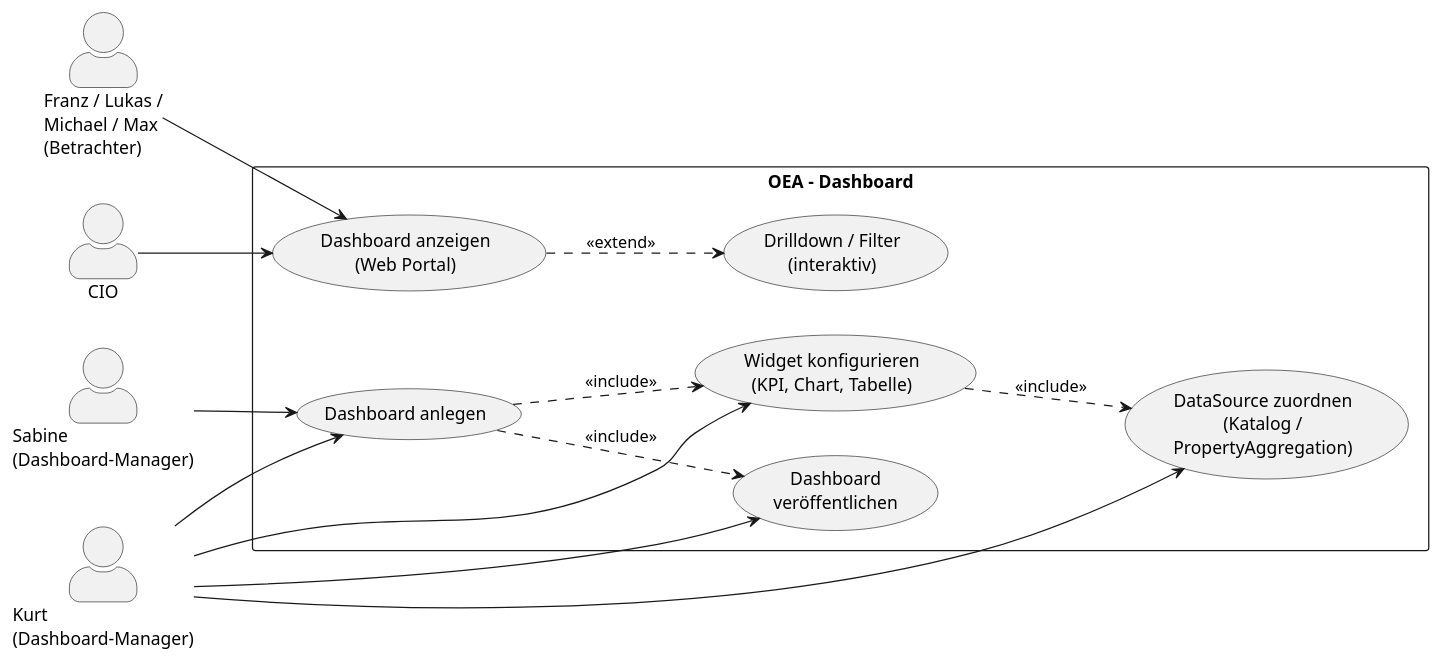
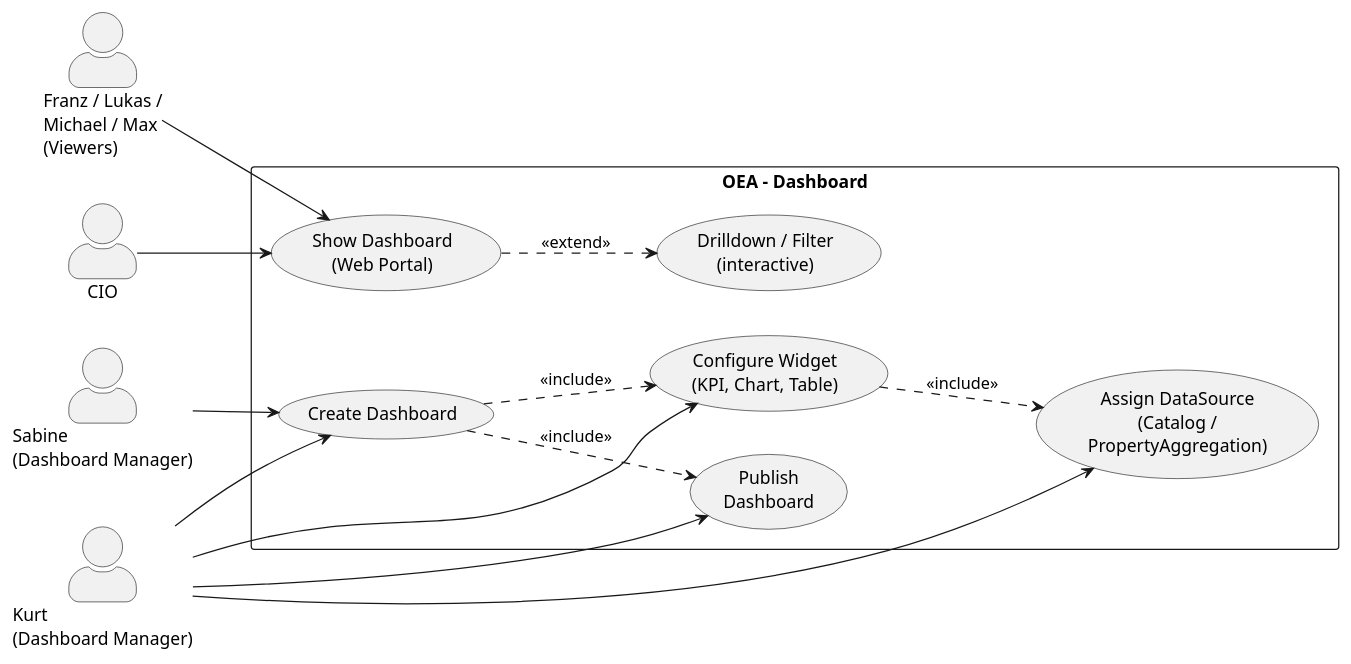
Before and after one commit to open-enterprise-architecture/OEA: the diagram in requirements/use-cases/UC-07-create-and-use-dashboard.md, drawn with PlantUML. The commit also changed other lines of this file and 630 other files, not shown here.

````diff
--- a/requirements/use-cases/UC-07-create-and-use-dashboard.md
+++ b/requirements/use-cases/UC-07-create-and-use-dashboard.md
@@ -38,33 +38,33 @@
 ```plantuml
 @startuml UC-07-Dashboard
 left to right direction
 skinparam actorStyle awesome
 
-actor "Kurt\n(Dashboard-Manager)" as Kurt
-actor "Sabine\n(Dashboard-Manager)" as Sabine
+actor "Kurt\n(Dashboard Manager)" as Kurt
+actor "Sabine\n(Dashboard Manager)" as Sabine
 actor "CIO" as CIO
-actor "Franz / Lukas /\nMichael / Max\n(Betrachter)" as Viewers
+actor "Franz / Lukas /\nMichael / Max\n(Viewers)" as Viewers
 
 rectangle "OEA – Dashboard" {
-  usecase "Dashboard anlegen" as UC_Create
-  usecase "Widget konfigurieren\n(KPI, Chart, Tabelle)" as UC_Widget
-  usecase "DataSource zuordnen\n(Katalog /\nPropertyAggregation)" as UC_DS
-  usecase "Dashboard\nveröffentlichen" as UC_Publish
-  usecase "Dashboard anzeigen\n(Web Portal)" as UC_View
-  usecase "Drilldown / Filter\n(interaktiv)" as UC_Drill
+  usecase "Create Dashboard" as UC_Create
+  usecase "Configure Widget\n(KPI, Chart, Table)" as UC_Widget
+  usecase "Assign DataSource\n(Catalog /\nPropertyAggregation)" as UC_DS
+  usecase "Publish\nDashboard" as UC_Publish
+  usecase "Show Dashboard\n(Web Portal)" as UC_View
+  usecase "Drilldown / Filter\n(interactive)" as UC_Drill
 }
 
 Kurt --> UC_Create
 Kurt --> UC_Widget
 Kurt --> UC_DS
 Kurt --> UC_Publish
 Sabine --> UC_Create
 CIO --> UC_View
 Viewers --> UC_View
 
 UC_Create ..> UC_Widget : <<include>>
 UC_Widget ..> UC_DS : <<include>>
 UC_Create ..> UC_Publish : <<include>>
 UC_View ..> UC_Drill : <<extend>>
 @enduml
 ```
````
